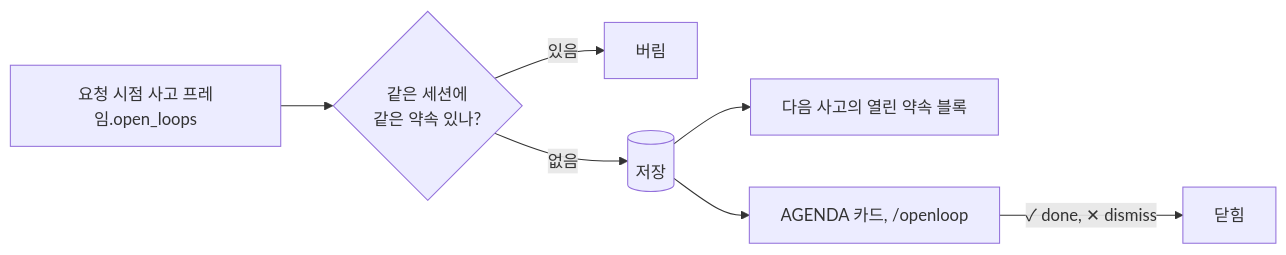
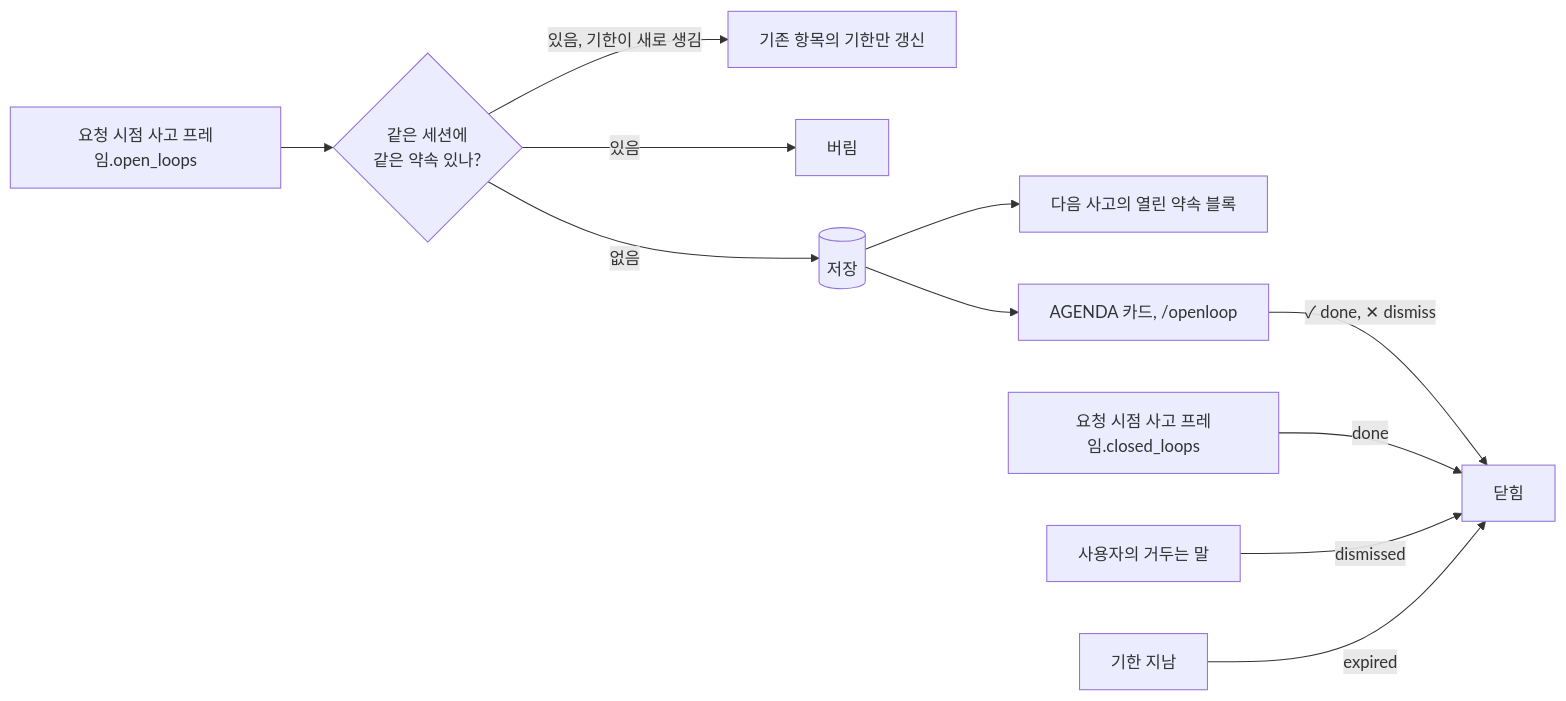
The first of 2 diagrams in website/docs/features/agenda.md (ash-hun/jarvis-agent), drawn with Mermaid before and after one commit. The commit also changed other lines of this file and 20 other files, not shown here.

````diff
--- a/website/docs/features/agenda.md
+++ b/website/docs/features/agenda.md
@@ -14,9 +14,13 @@
 ```mermaid
 flowchart LR
   T[요청 시점 사고 프레임.open_loops] --> U{같은 세션에<br/>같은 약속 있나?}
+  U -- 있음, 기한이 새로 생김 --> G[기존 항목의 기한만 갱신]
   U -- 있음 --> X[버림]
   U -- 없음 --> S[(저장)]
   S --> R[다음 사고의 열린 약속 블록]
   S --> A[AGENDA 카드, /openloop]
   A -->|✓ done, ✕ dismiss| C[닫힘]
+  K[요청 시점 사고 프레임.closed_loops] -->|done| C
+  Q[사용자의 거두는 말] -->|dismissed| C
+  E[기한 지남] -->|expired| C
 ```
````
